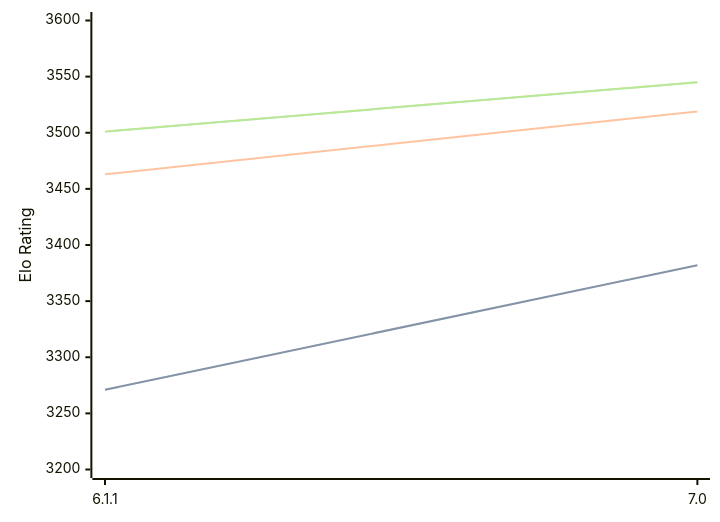
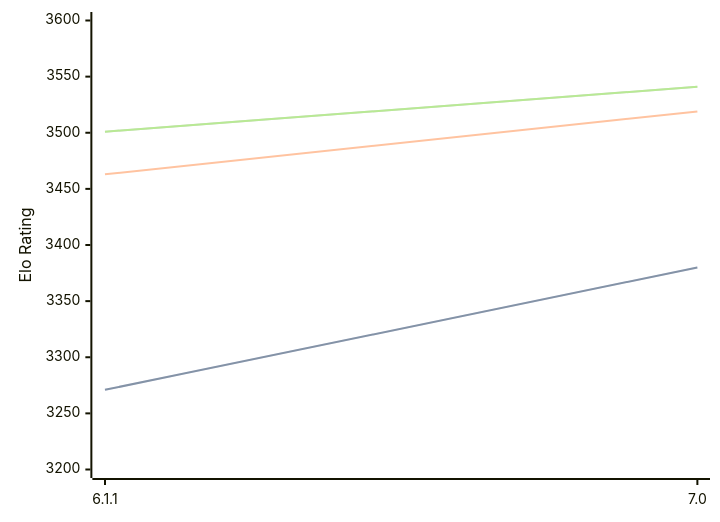
The first of 3 diagrams in engines/Astra.md (computer-chess-index/cci), drawn with Mermaid before and after one commit. The commit also changed other lines of this file, not shown here.

Commit message:
Update CCI Ratings (ELO VLTC) - 2026-07-07

````diff
--- a/engines/Astra.md
+++ b/engines/Astra.md
@@ -44,11 +44,11 @@
 ```mermaid
 %%{init: {"theme":"base","themeVariables":{"seriesColors:['#a3a3a3','#222221','#faa371']}}}%%
 xychart-beta
   x-axis ["6.1.1", "7.0"]
   y-axis "Elo Rating" 3200 --> 3600
-  line "STC (8.0+0.08s)" [3271, 3382]
-  line "STC (8.0+0.08s)" [3271, 3382]
+  line "STC (8.0+0.08s)" [3271, 3380]
+  line "STC (8.0+0.08s)" [3271, 3380]
   line "LTC (60.0+0.60s)" [3463, 3519]
-  line "VLTC (2m24s+1.12s)" [3501, 3545]
-  line "VLTC (2m24s+1.12s)" [3501, 3545]
+  line "VLTC (2m24s+1.12s)" [3501, 3541]
+  line "VLTC (2m24s+1.12s)" [3501, 3541]
 ```
````
